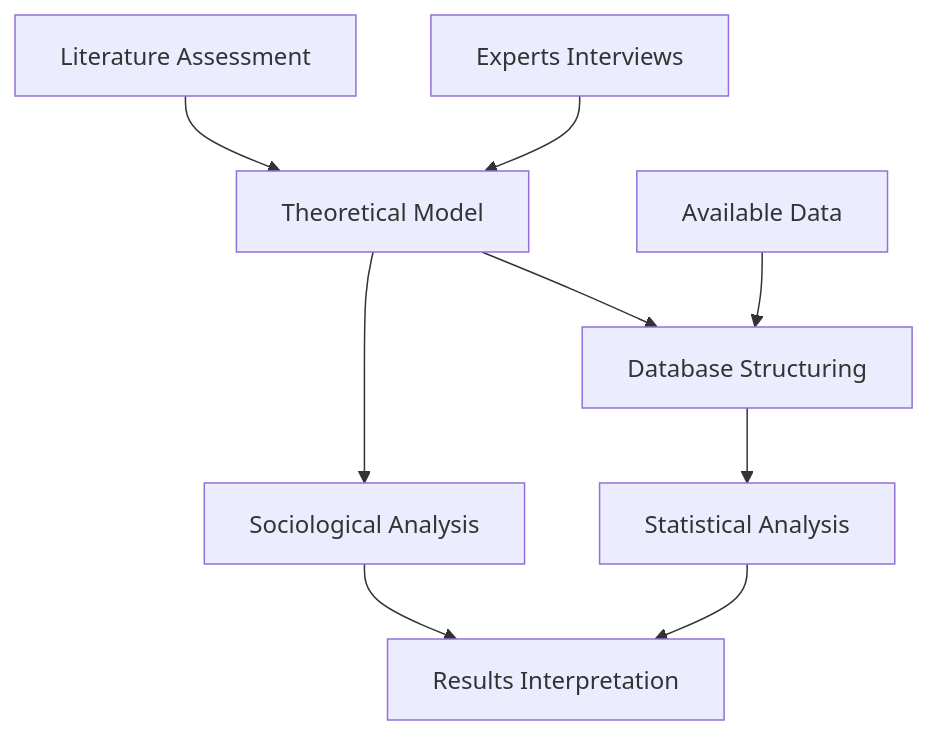
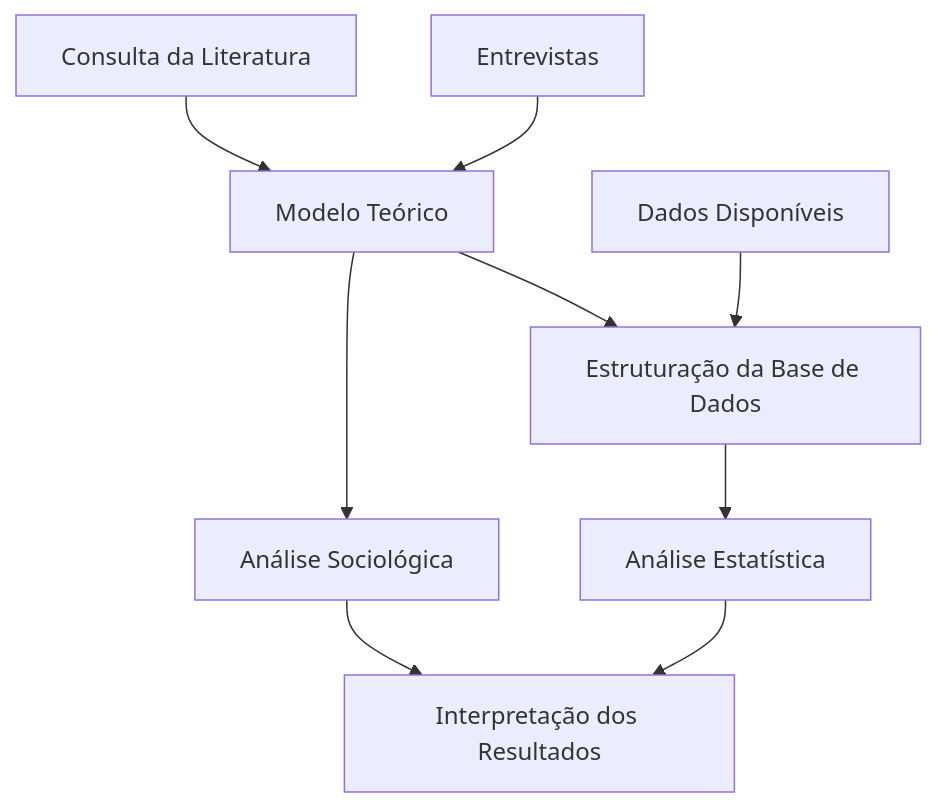
Before and after one commit to hugotseixas/tica-book: the first of 5 diagrams in 02_methods.qmd, drawn with Mermaid. The commit also changed other lines of this file and 42 other files, not shown here.

````diff
--- a/02_methods.qmd
+++ b/02_methods.qmd
@@ -34,17 +32,17 @@
 ```{mermaid}
 %%| label: fig-method-diagram
-%%| fig-cap: "General workflow of the method. The activities that composes each part of the project are: (1) Literature Assessment, Experts Interviews, Theoretical Model; (2) Sociological Analysis; (3) Available Data, Database Structuring, Statistical Analysis; (4) Results Interpretation."
+%%| fig-cap: "Fluxo geral da pesquisa. As atividades realizadas em cada parte da pesquisa são: (1) Consulta da Literatura, Entrevistas, Modelo Teórico; (2) Análise Sociológica; (3) Dados Disponíveis, Estruturação da Base de Dados, Análise Estatística; (4) Interpretação dos Resultados."
 %%| fig-responsive: true
 %%| fig-align: center
 
 flowchart TD
-    A[Literature Assessment] --> B[Theoretical Model]
-    C[Experts Interviews] --> B
-    B --> D[Database Structuring]
-    E[Available Data] --> D
-    B --> F[Sociological Analysis]
-    D --> G[Statistical Analysis]
-    F --> H[Results Interpretation]
+    A[Consulta da Literatura] --> B[Modelo Teórico]
+    C[Entrevistas] --> B
+    B --> D[Estruturação da Base de Dados]
+    E[Dados Disponíveis] --> D
+    B --> F[Análise Sociológica]
+    D --> G[Análise Estatística]
+    F --> H[Interpretação dos Resultados]
     G --> H
 
 ```
````
